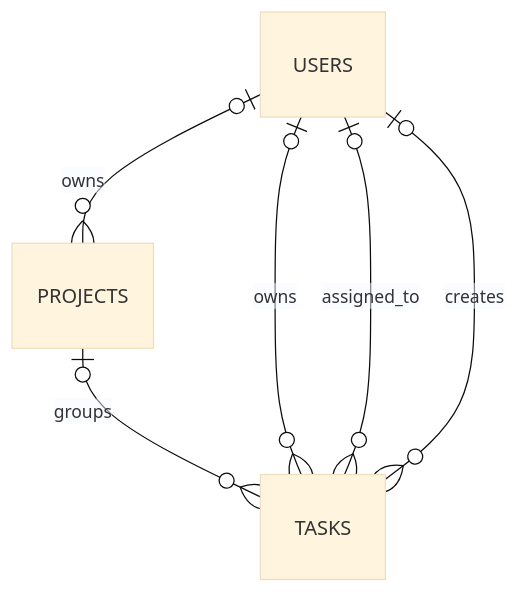
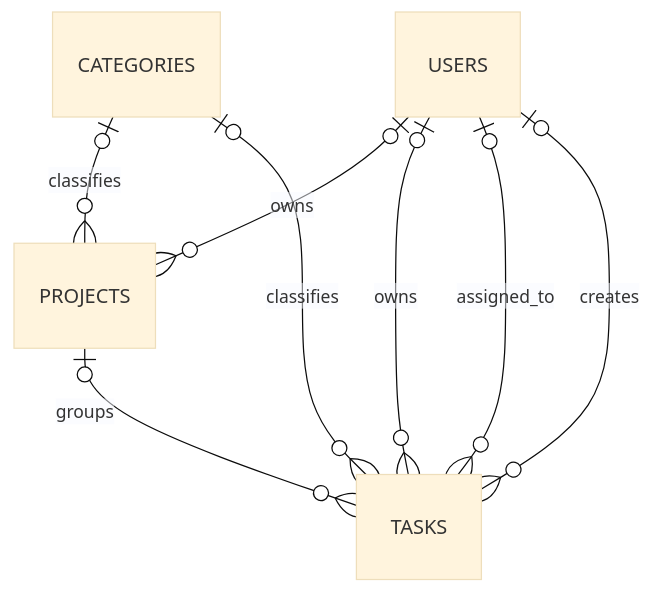
Before and after one commit to ElmirVelizadeDev/Planora: the diagram in docs/DATABASE_DESIGN.md, drawn with Mermaid (base theme). The commit also changed other lines of this file and 300 other files, not shown here.

````diff
--- a/docs/DATABASE_DESIGN.md
+++ b/docs/DATABASE_DESIGN.md
@@ -22,8 +23,10 @@
 ```mermaid
 erDiagram
     USERS o|--o{ PROJECTS : owns
+    CATEGORIES o|--o{ PROJECTS : classifies
     PROJECTS o|--o{ TASKS : groups
+    CATEGORIES o|--o{ TASKS : classifies
     USERS o|--o{ TASKS : owns
     USERS o|--o{ TASKS : assigned_to
     USERS o|--o{ TASKS : creates
 ```
````
